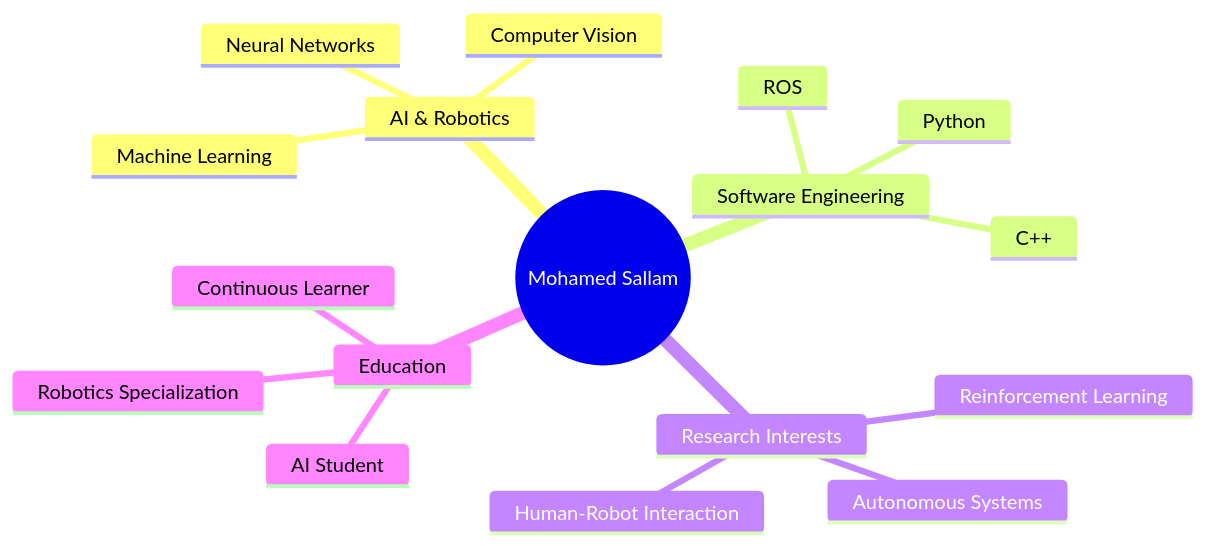
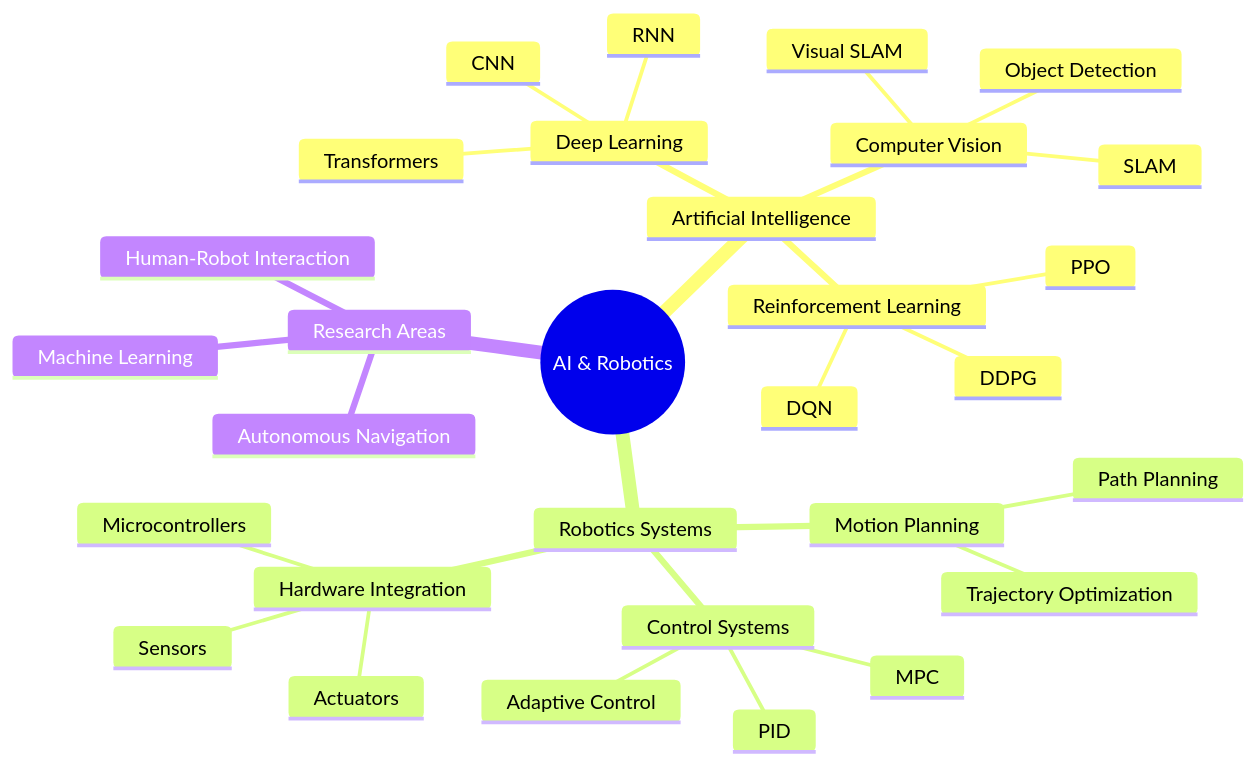
One commit to mohsallam1/mohsallam1 changed the first of 3 diagrams in README.md. Above: the diagram before and after it, drawn with Mermaid. The commit also changed other lines of this file, not shown here.

````diff
--- a/README.md
+++ b/README.md
@@ -69,20 +37,33 @@
 ```mermaid
 mindmap
-  root((Mohamed Sallam))
-    AI & Robotics
+  root((AI & Robotics))
+    Artificial Intelligence
+      Deep Learning
+        CNN
+        RNN
+        Transformers
+      Reinforcement Learning
+        DQN
+        PPO
+        DDPG
+      Computer Vision
+        Object Detection
+        SLAM
+        Visual SLAM
+    Robotics Systems
+      Motion Planning
+        Path Planning
+        Trajectory Optimization
+      Control Systems
+        PID
+        MPC
+        Adaptive Control
+      Hardware Integration
+        Sensors
+        Actuators
+        Microcontrollers
+    Research Areas
+      Human-Robot Interaction
+      Autonomous Navigation
       Machine Learning
-      Computer Vision 
-      Neural Networks
-    Software Engineering
-      Python
-      C++
-      ROS
-    Research Interests
-      Reinforcement Learning
-      Autonomous Systems
-      Human-Robot Interaction
-    Education
-      AI Student
-      Robotics Specialization
-      Continuous Learner
 ```
````
